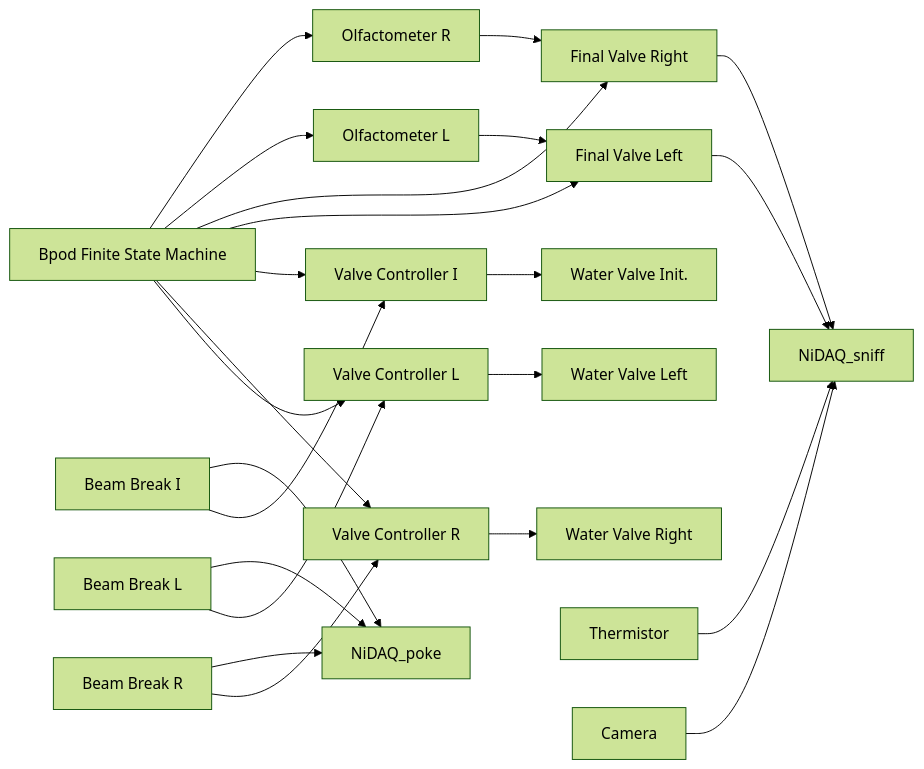
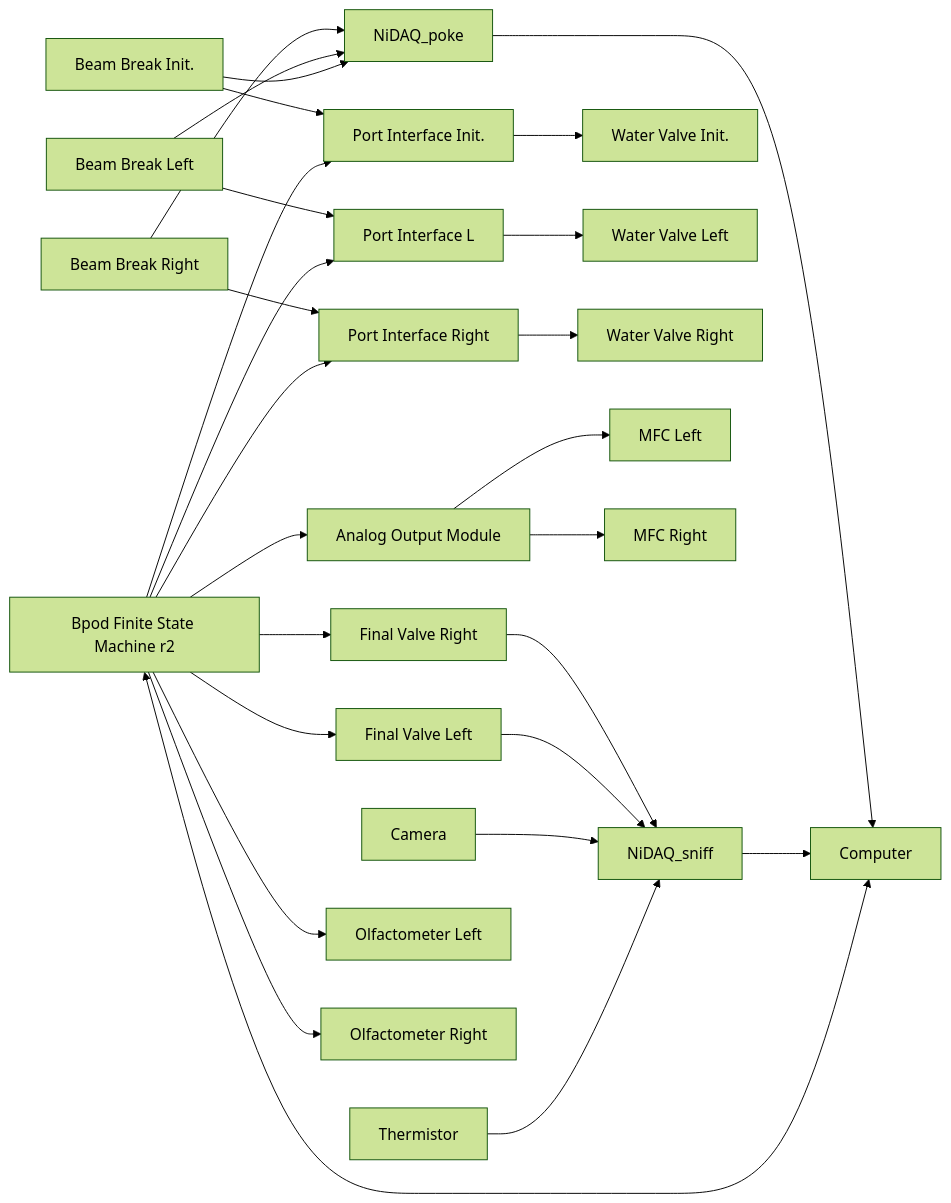
The diagram in hardware.qmd (nghess/fmon-docs), drawn with Mermaid (forest theme) before and after one commit. The commit also changed other lines of this file and 2 other files, not shown here.

````diff
--- a/hardware.qmd
+++ b/hardware.qmd
@@ -7,37 +7,45 @@
 ```{mermaid}
 flowchart LR
-
-    %%State Machine and Valve Controllers
-    SM[Bpod Finite State Machine] --> VCL[Valve Controller L]
-    SM --> VCR[Valve Controller R]
-    SM --> VCI[Valve Controller I]
-    SM --> FVL[Final Valve Left]
-    SM --> FVR[Final Valve Right]
-
-    %% Water Valves
-    VCI[Valve Controller I] --> PVI[Water Valve Init.]
-    VCL[Valve Controller L] --> PVL[Water Valve Left]
-    VCR[Valve Controller R] --> PVR[Water Valve Right]
-
-    %% Pokes
-    IRI[Beam Break I] --> VCI
-    IRL[Beam Break L] --> VCL
-    IRR[Beam Break R] --> VCR
-
-    SM --> OFL[Olfactometer L]
-    SM --> OFR[Olfactometer R]
-    OFL --> FVL
-    OFR --> FVR
-    
     %% NiDAQ Poke
     IRI --> NDP[NiDAQ_poke]
     IRL --> NDP
     IRR --> NDP
 
     %% NiDAQ Sniff
     SNF[Thermistor] --> NDS[NiDAQ_sniff]
     CAM[Camera] --> NDS
     FVL --> NDS
     FVR --> NDS
 
+    %%State Machine and Valve Controllers
+    SM[Bpod Finite State Machine r2] --> VCL[Port Interface L]
+    SM --> VCR[Port Interface Right]
+    SM --> VCI[Port Interface Init.]
+    SM --> FVL[Final Valve Left]
+    SM --> FVR[Final Valve Right]
+
+    %% Water Valves
+    VCI --> PVI[Water Valve Init.]
+    VCL --> PVL[Water Valve Left]
+    VCR --> PVR[Water Valve Right]
+
+    %% Pokes
+    IRI[Beam Break Init.] --> VCI
+    IRL[Beam Break Left] --> VCL
+    IRR[Beam Break Right] --> VCR
+
+    %% Olfactometer
+    SM --> OFL[Olfactometer Left]
+    SM --> OFR[Olfactometer Right]
+
+    SM --> ANA[Analog Output Module]
+    ANA[Analog Output Module] --> MFCL[MFC Left]
+    ANA --> MFCR[MFC Right]
+
+    SM <--> COMP[Computer]
+    NDS --> COMP
+    NDP --> COMP
+
+    
+
 ```
````
